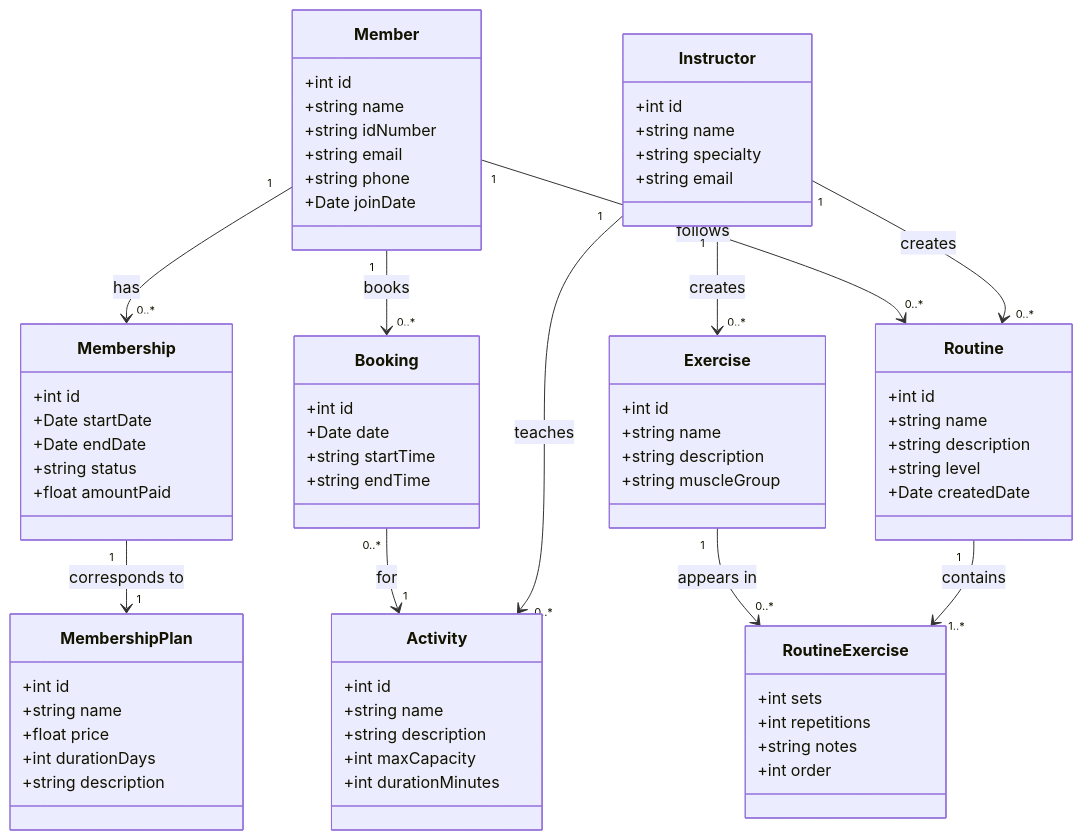
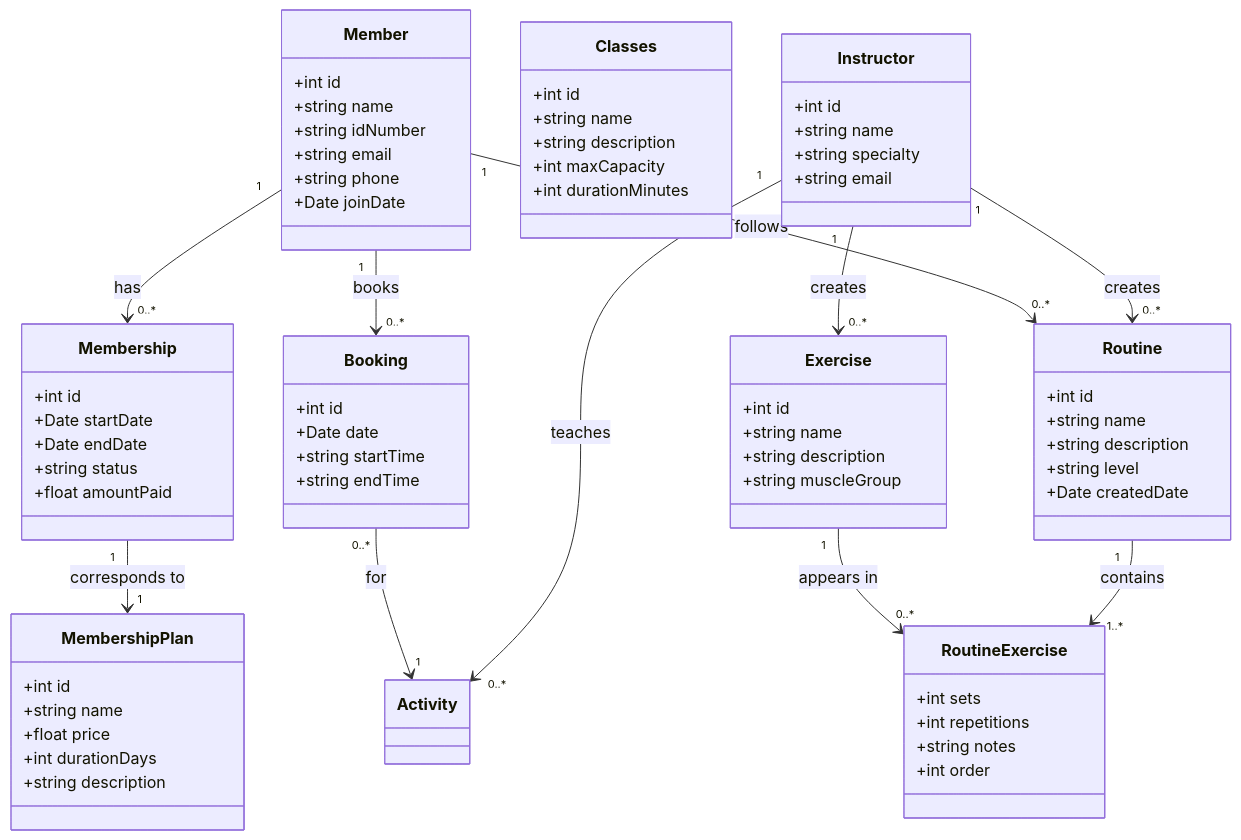
One commit to AlejoMistra/TP-DSW changed the diagram in proposal.md. Above: the diagram before and after it, drawn with Mermaid.

Commit message:
Rename Activity class to Classes

```diff
--- a/proposal.md
+++ b/proposal.md
@@ -56,7 +56,7 @@
   +float amountPaid
 }
 
-class Activity {
+class Classes {
   +int id
   +string name
   +string description
```
